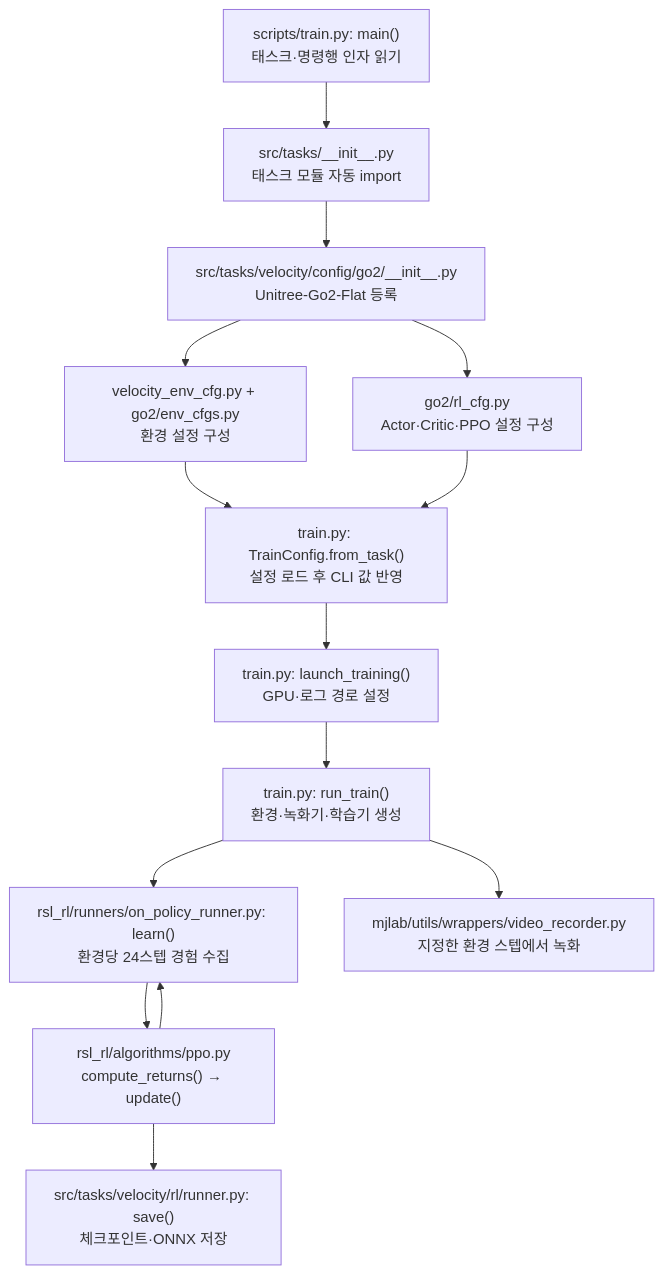
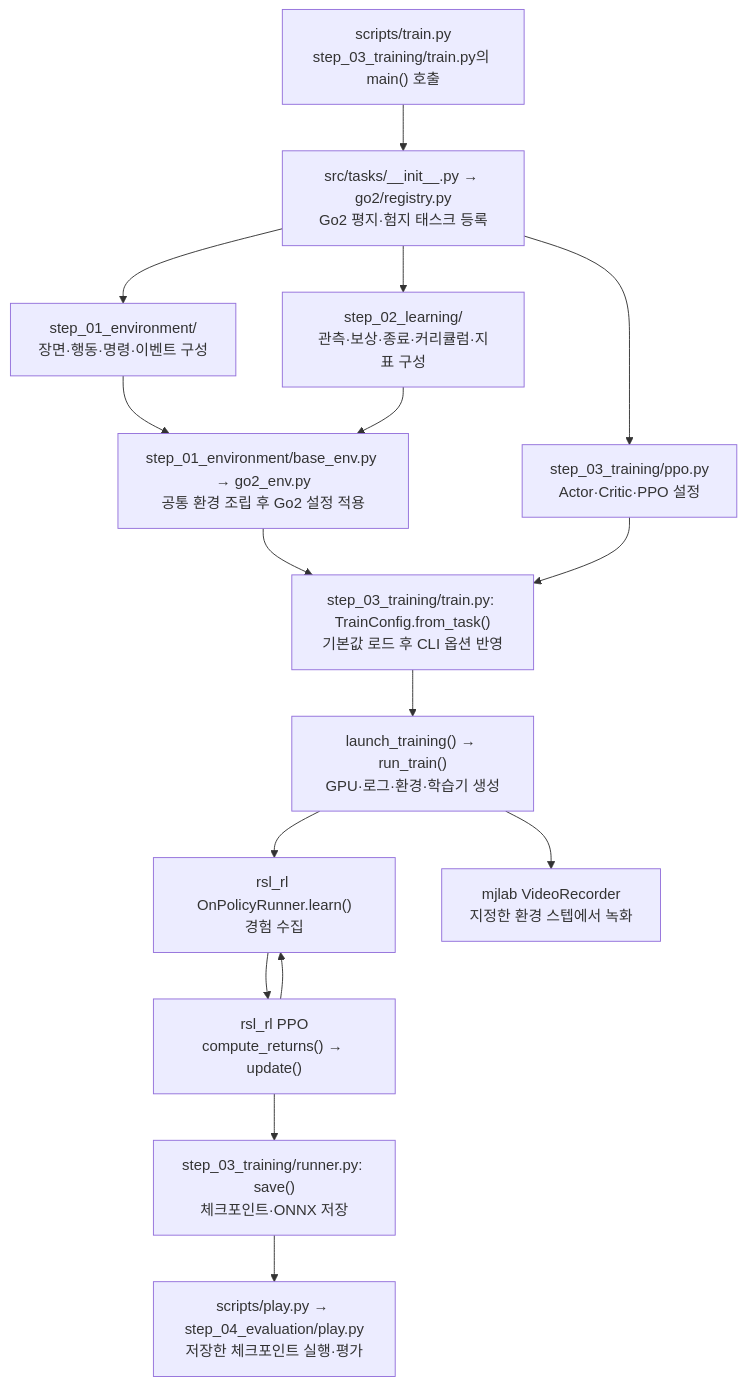
Before and after one commit to kante2/unitree_rl_mjlab: the diagram in kante_.md, drawn with Mermaid. The commit also changed other lines of this file and 406 other files, not shown here.

````diff
--- a/kante_.md
+++ b/kante_.md
@@ -7,16 +40,18 @@
 ```mermaid
 flowchart TD
-    A["scripts/train.py: main()<br/>태스크·명령행 인자 읽기"] --> B["src/tasks/__init__.py<br/>태스크 모듈 자동 import"]
-    B --> C["src/tasks/velocity/config/go2/__init__.py<br/>Unitree-Go2-Flat 등록"]
-    C --> D["velocity_env_cfg.py + go2/env_cfgs.py<br/>환경 설정 구성"]
-    C --> E["go2/rl_cfg.py<br/>Actor·Critic·PPO 설정 구성"]
-    D --> F["train.py: TrainConfig.from_task()<br/>설정 로드 후 CLI 값 반영"]
-    E --> F
-    F --> G["train.py: launch_training()<br/>GPU·로그 경로 설정"]
-    G --> H["train.py: run_train()<br/>환경·녹화기·학습기 생성"]
-    H --> I["rsl_rl/runners/on_policy_runner.py: learn()<br/>환경당 24스텝 경험 수집"]
-    I --> J["rsl_rl/algorithms/ppo.py<br/>compute_returns() → update()"]
+    A["scripts/train.py<br/>step_03_training/train.py의 main() 호출"] --> B["src/tasks/__init__.py → go2/registry.py<br/>Go2 평지·험지 태스크 등록"]
+    B --> C["step_01_environment/<br/>장면·행동·명령·이벤트 구성"]
+    B --> D["step_02_learning/<br/>관측·보상·종료·커리큘럼·지표 구성"]
+    C --> E["step_01_environment/base_env.py → go2_env.py<br/>공통 환경 조립 후 Go2 설정 적용"]
+    D --> E
+    B --> F["step_03_training/ppo.py<br/>Actor·Critic·PPO 설정"]
+    E --> G["step_03_training/train.py: TrainConfig.from_task()<br/>기본값 로드 후 CLI 옵션 반영"]
+    F --> G
+    G --> H["launch_training() → run_train()<br/>GPU·로그·환경·학습기 생성"]
+    H --> I["rsl_rl OnPolicyRunner.learn()<br/>경험 수집"]
+    I --> J["rsl_rl PPO<br/>compute_returns() → update()"]
     J --> I
-    J --> K["src/tasks/velocity/rl/runner.py: save()<br/>체크포인트·ONNX 저장"]
-    H --> L["mjlab/utils/wrappers/video_recorder.py<br/>지정한 환경 스텝에서 녹화"]
+    J --> K["step_03_training/runner.py: save()<br/>체크포인트·ONNX 저장"]
+    K --> L["scripts/play.py → step_04_evaluation/play.py<br/>저장한 체크포인트 실행·평가"]
+    H --> M["mjlab VideoRecorder<br/>지정한 환경 스텝에서 녹화"]
 ```
````
